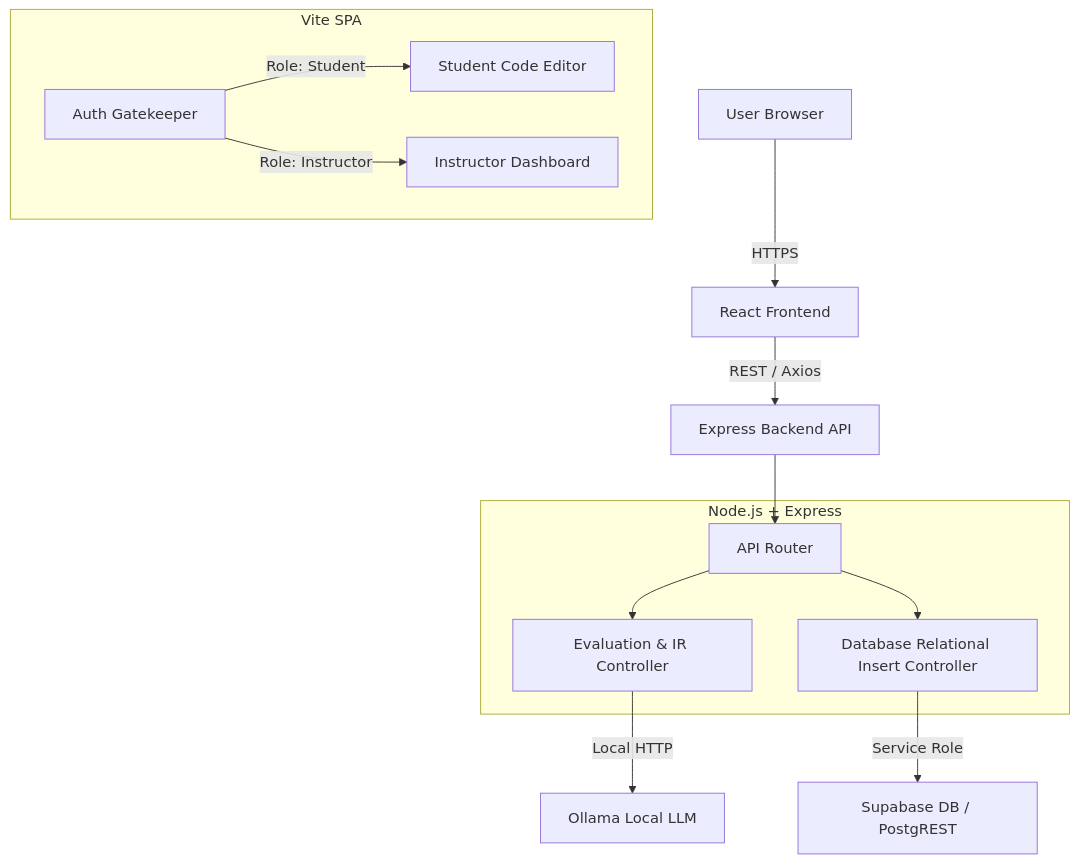
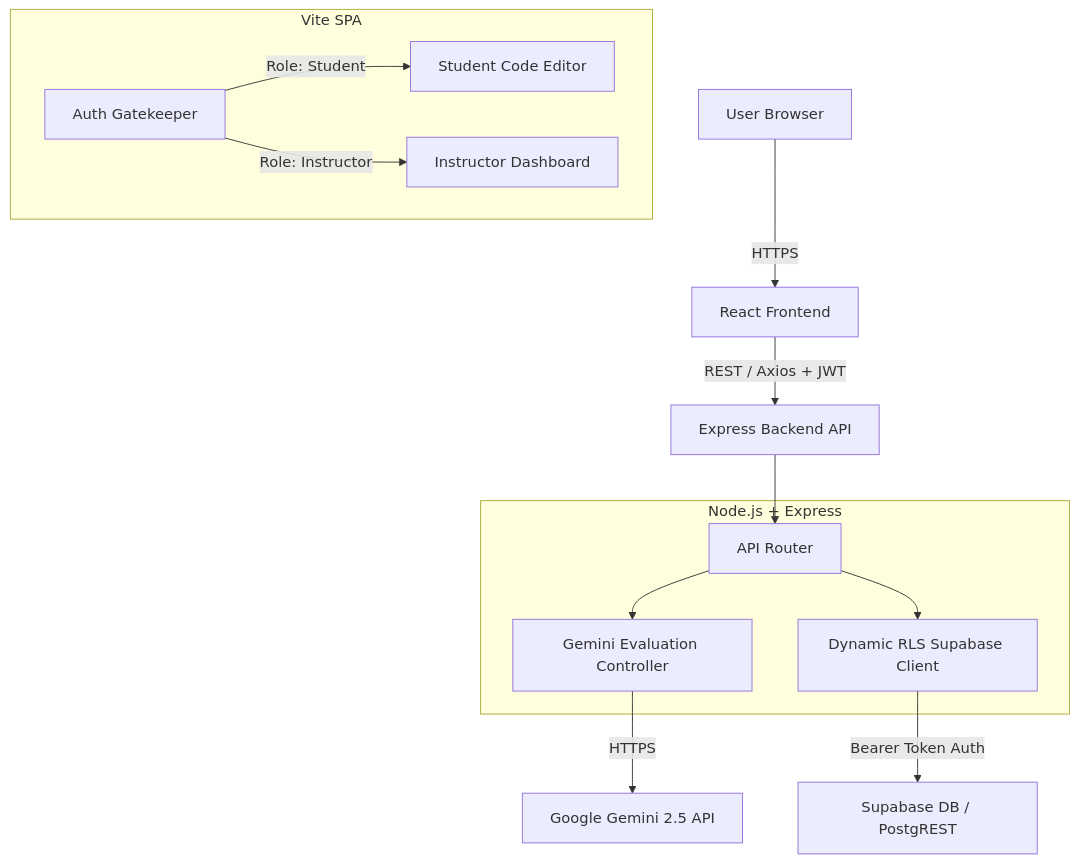
Before and after one commit to OCTehckie18/CodeIR: the diagram in README.md, drawn with Mermaid. The commit also changed other lines of this file, not shown here.

First line of the commit message:
Revise README for architecture and tech stack updates

````diff
--- a/README.md
+++ b/README.md
@@ -15,25 +15,25 @@
 ```mermaid
 graph TD
     User[User Browser] -->|HTTPS| React[React Frontend]
     
     subgraph Frontend [Vite SPA]
         Auth[Auth Gatekeeper]
         Auth -->|Role: Student| Editor[Student Code Editor]
         Auth -->|Role: Instructor| Eval[Instructor Dashboard]
     end
 
-    React -->|REST / Axios| API[Express Backend API]
+    React -->|REST / Axios + JWT| API[Express Backend API]
 
     subgraph Backend [Node.js + Express]
         Router[API Router]
-        EvalController[Evaluation & IR Controller]
-        DBController[Database Relational Insert Controller]
+        EvalController[Gemini Evaluation Controller]
+        DBController[Dynamic RLS Supabase Client]
     end
 
     API --> Router
     Router --> EvalController
     Router --> DBController
 
-    EvalController -->|Local HTTP| Ollama[Ollama Local LLM]
-    DBController -->|Service Role| SB[Supabase DB / PostgREST]
+    EvalController -->|HTTPS| Gemini[Google Gemini 2.5 API]
+    DBController -->|Bearer Token Auth| SB[Supabase DB / PostgREST]
 ```
````
